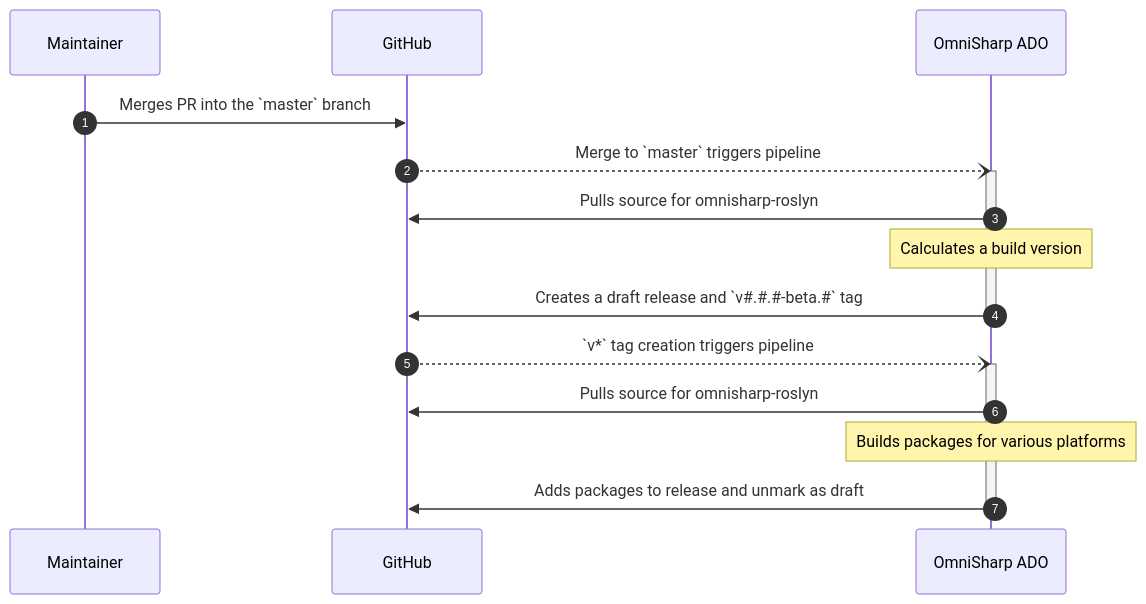
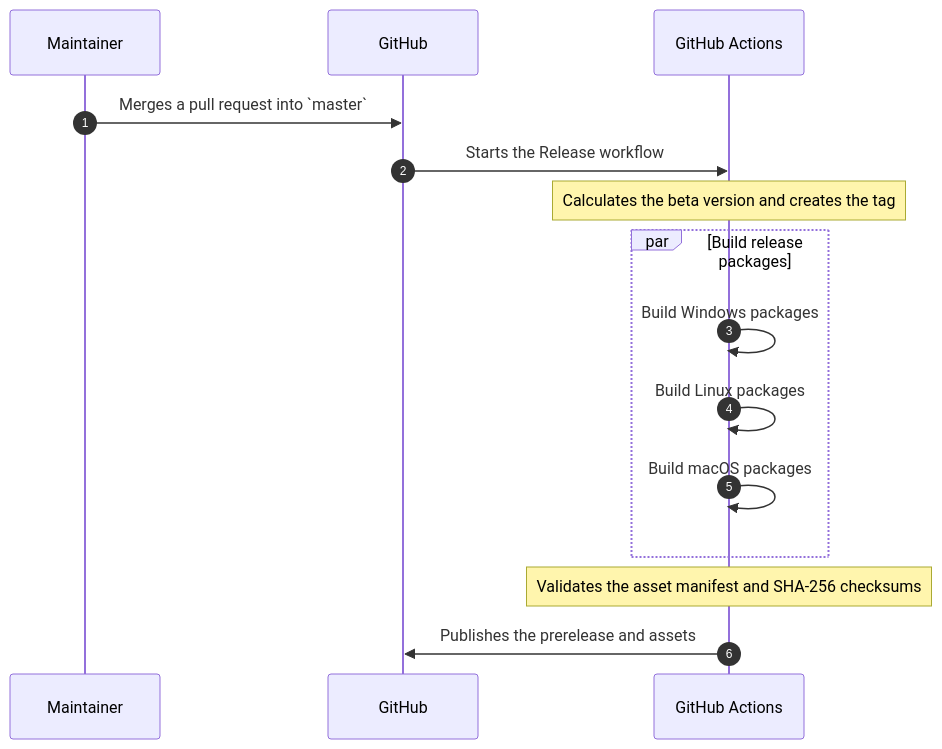
The diagram in doc/How-Releases-Are-Made.md (OmniSharp/omnisharp-roslyn), drawn with Mermaid before and after one commit. The commit also changed other lines of this file and 9 other files, not shown here.

First line of the commit message:
Migrate releases to GitHub Actions

````diff
--- a/doc/How-Releases-Are-Made.md
+++ b/doc/How-Releases-Are-Made.md
@@ -9,17 +20,14 @@
 ```mermaid
 sequenceDiagram
   autonumber
-  Maintainer ->> GitHub: Merges PR into the `master` branch
-  GitHub --) OmniSharp ADO: Merge to `master` triggers pipeline
-  activate OmniSharp ADO
-  OmniSharp ADO ->> GitHub: Pulls source for omnisharp-roslyn
-  note over OmniSharp ADO: Calculates a build version
-  OmniSharp ADO ->> GitHub: Creates a draft release and `v#35;.#35;.#35;-beta.#35;` tag
-  deactivate OmniSharp ADO
-  GitHub --) OmniSharp ADO: `v*` tag creation triggers pipeline
-  activate OmniSharp ADO
-  OmniSharp ADO ->> GitHub: Pulls source for omnisharp-roslyn
-  note over OmniSharp ADO: Builds packages for various platforms
-  OmniSharp ADO ->> GitHub: Adds packages to release and unmark as draft
-  deactivate OmniSharp ADO
+  Maintainer ->> GitHub: Merges a pull request into `master`
+  GitHub ->> GitHub Actions: Starts the Release workflow
+  note over GitHub Actions: Calculates the beta version and creates the tag
+  par Build release packages
+    GitHub Actions ->> GitHub Actions: Build Windows packages
+    GitHub Actions ->> GitHub Actions: Build Linux packages
+    GitHub Actions ->> GitHub Actions: Build macOS packages
+  end
+  note over GitHub Actions: Validates the asset manifest and SHA-256 checksums
+  GitHub Actions ->> GitHub: Publishes the prerelease and assets
 ```
````
